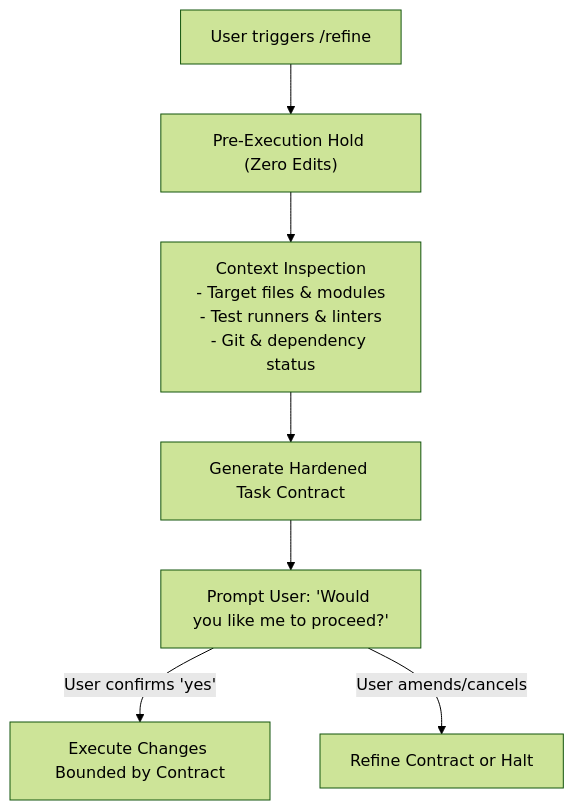
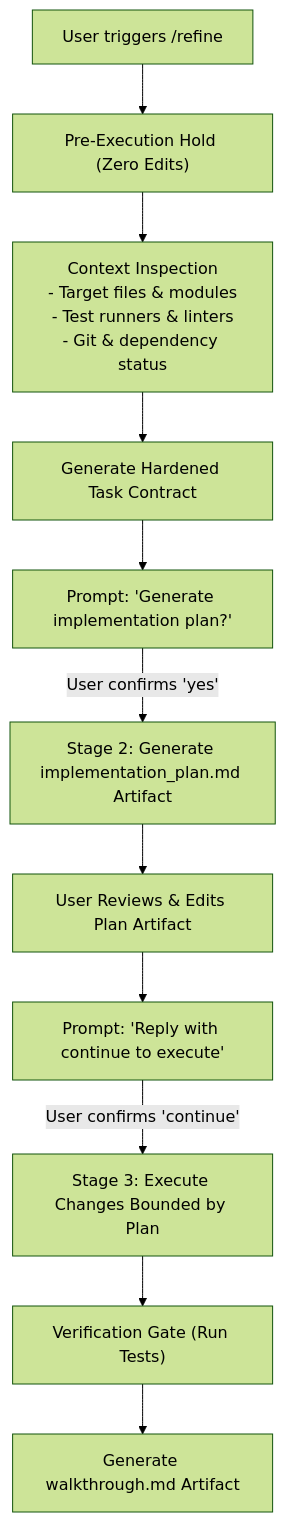
One commit to cluelessbaj/antigravity-refine changed the diagram in README.md. Above: the diagram before and after it, drawn with Mermaid (forest theme). The commit also changed other lines of this file and 4 other files, not shown here.

Commit message:
feat: add interactive planning phase and continuation gate to /refine

````diff
--- a/README.md
+++ b/README.md
@@ -25,9 +26,13 @@
 ```mermaid
 flowchart TD
     A["User triggers /refine <prompt>"] --> B["Pre-Execution Hold (Zero Edits)"]
     B --> C["Context Inspection\n- Target files & modules\n- Test runners & linters\n- Git & dependency status"]
     C --> D["Generate Hardened Task Contract"]
-    D --> E["Prompt User: 'Would you like me to proceed?'"]
-    E -->|User confirms 'yes'| F["Execute Changes Bounded by Contract"]
-    E -->|User amends/cancels| G["Refine Contract or Halt"]
+    D --> E["Prompt: 'Generate implementation plan?'"]
+    E -->|User confirms 'yes'| F["Stage 2: Generate implementation_plan.md Artifact"]
+    F --> G["User Reviews & Edits Plan Artifact"]
+    G --> H["Prompt: 'Reply with continue to execute'"]
+    H -->|User confirms 'continue'| I["Stage 3: Execute Changes Bounded by Plan"]
+    I --> J["Verification Gate (Run Tests)"]
+    J --> K["Generate walkthrough.md Artifact"]
 ```
````
